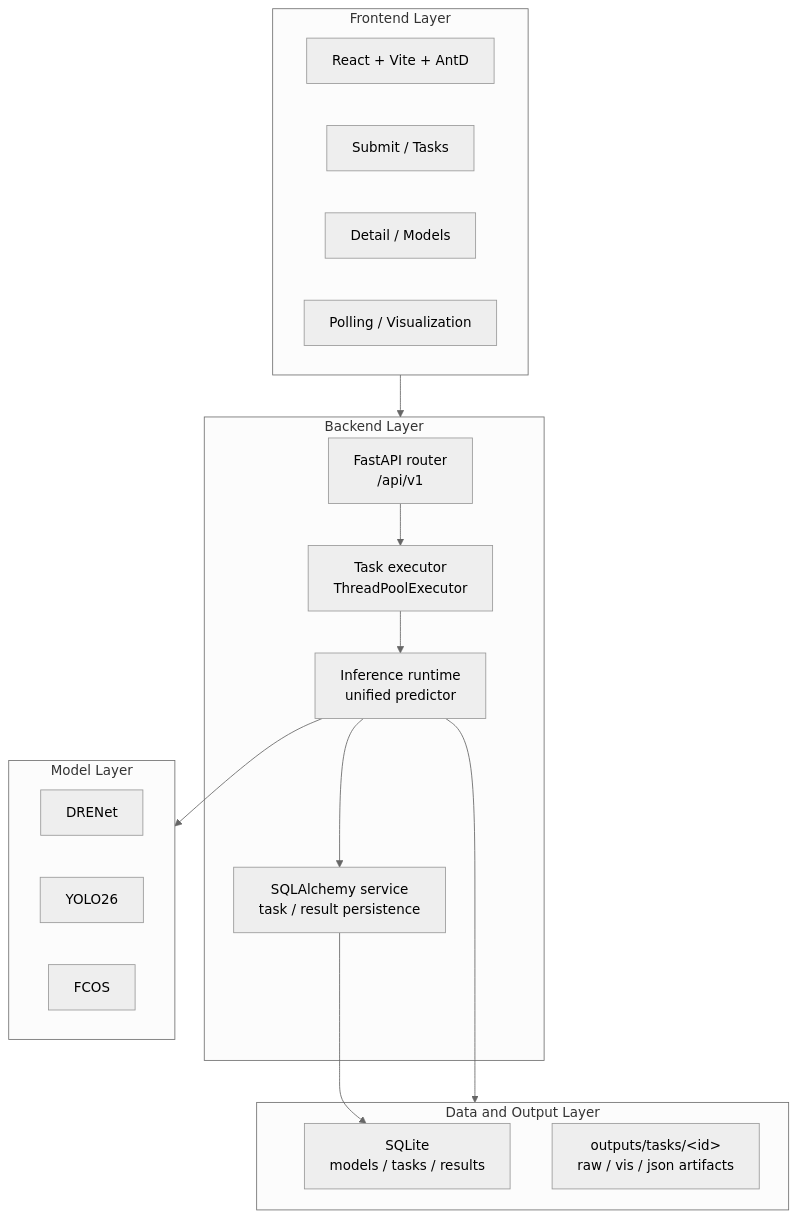
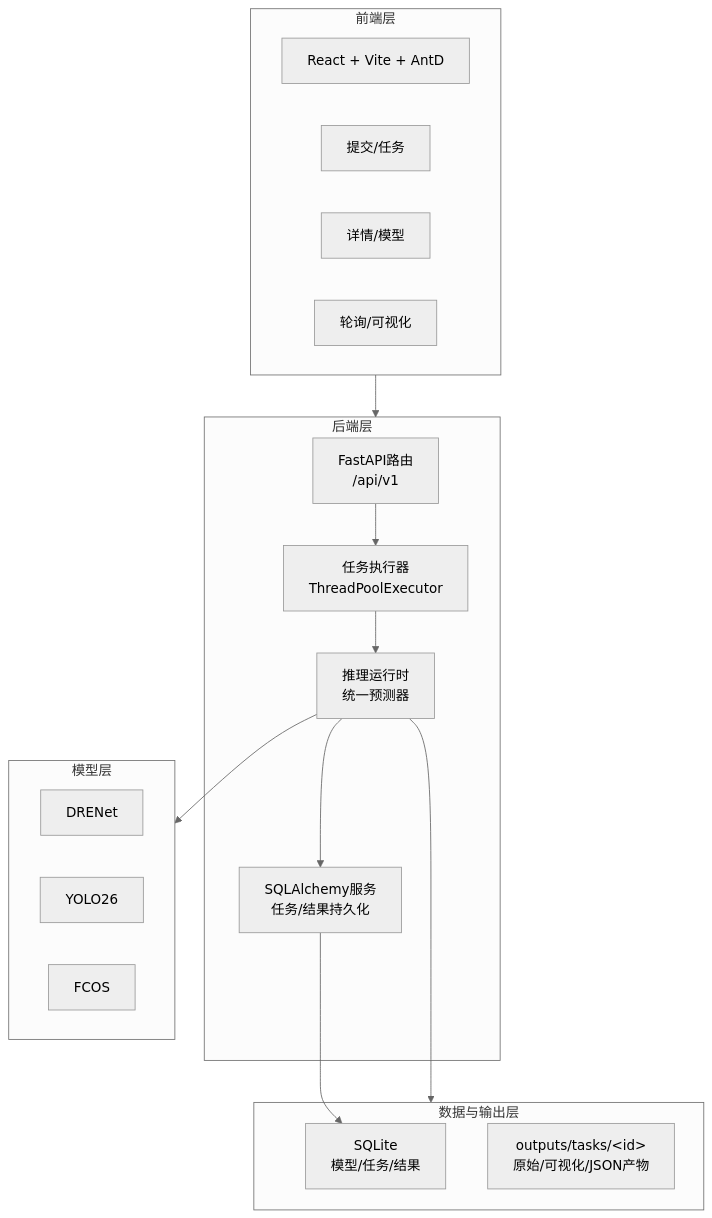
The seventh of 9 diagrams in thesis_figures_guide.md (kkkhs/graduation_project), drawn with Mermaid (neutral theme) before and after one commit. The commit also changed other lines of this file and 11 other files, not shown here.

First line of the commit message:
docs: 翻译 thesis_figures_guide.md 所有 Mermaid 节点为中文

````diff
--- a/thesis_figures_guide.md
+++ b/thesis_figures_guide.md
@@ -139,31 +139,31 @@
 ```mermaid
 flowchart TB
-    subgraph Frontend["Frontend Layer"]
+    subgraph Frontend["前端层"]
         F1[React + Vite + AntD]
-        F2[Submit / Tasks]
-        F3[Detail / Models]
-        F4[Polling / Visualization]
+        F2[提交/任务]
+        F3[详情/模型]
+        F4[轮询/可视化]
     end
 
-    subgraph Backend["Backend Layer"]
-        B1[FastAPI router<br/>/api/v1] --> B2[Task executor<br/>ThreadPoolExecutor]
-        B2 --> B3[Inference runtime<br/>unified predictor]
-        B3 --> B4[SQLAlchemy service<br/>task / result persistence]
+    subgraph Backend["后端层"]
+        B1[FastAPI路由<br/>/api/v1] --> B2[任务执行器<br/>ThreadPoolExecutor]
+        B2 --> B3[推理运行时<br/>统一预测器]
+        B3 --> B4[SQLAlchemy服务<br/>任务/结果持久化]
     end
 
-    subgraph Model["Model Layer"]
+    subgraph Model["模型层"]
         M1[DRENet]
         M2[YOLO26]
         M3[FCOS]
     end
 
-    subgraph Data["Data and Output Layer"]
-        D1[SQLite<br/>models / tasks / results]
-        D2[outputs/tasks/&lt;id&gt;<br/>raw / vis / json artifacts]
+    subgraph Data["数据与输出层"]
+        D1[SQLite<br/>模型/任务/结果]
+        D2[outputs/tasks/&lt;id&gt;<br/>原始/可视化/JSON产物]
     end
 
     Frontend --> Backend
     B3 --> Model
     B3 --> Data
     B4 --> D1
 ```
````
